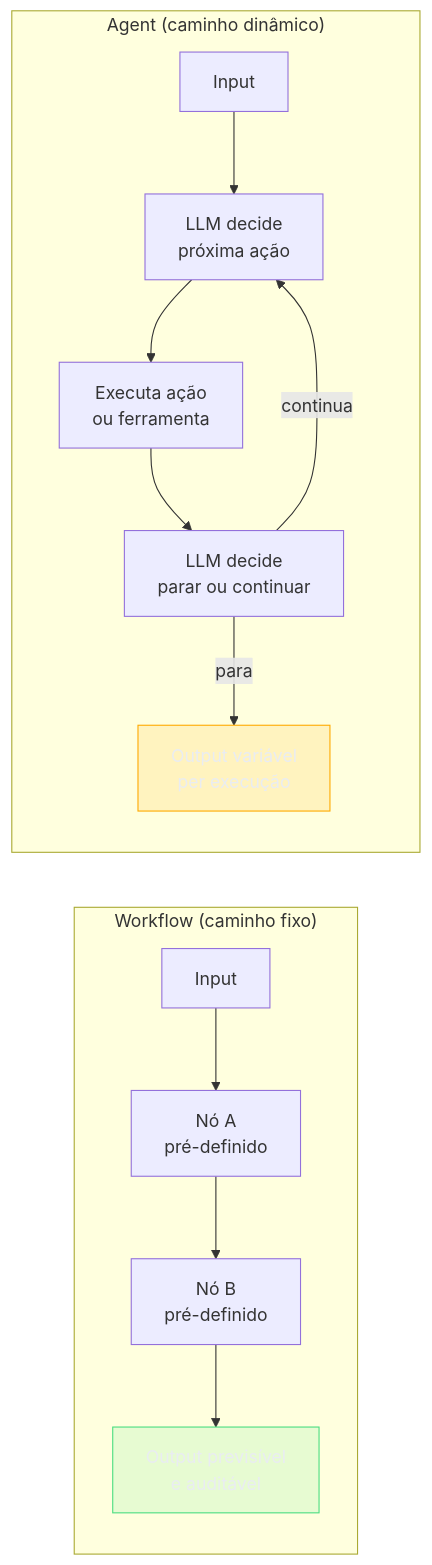
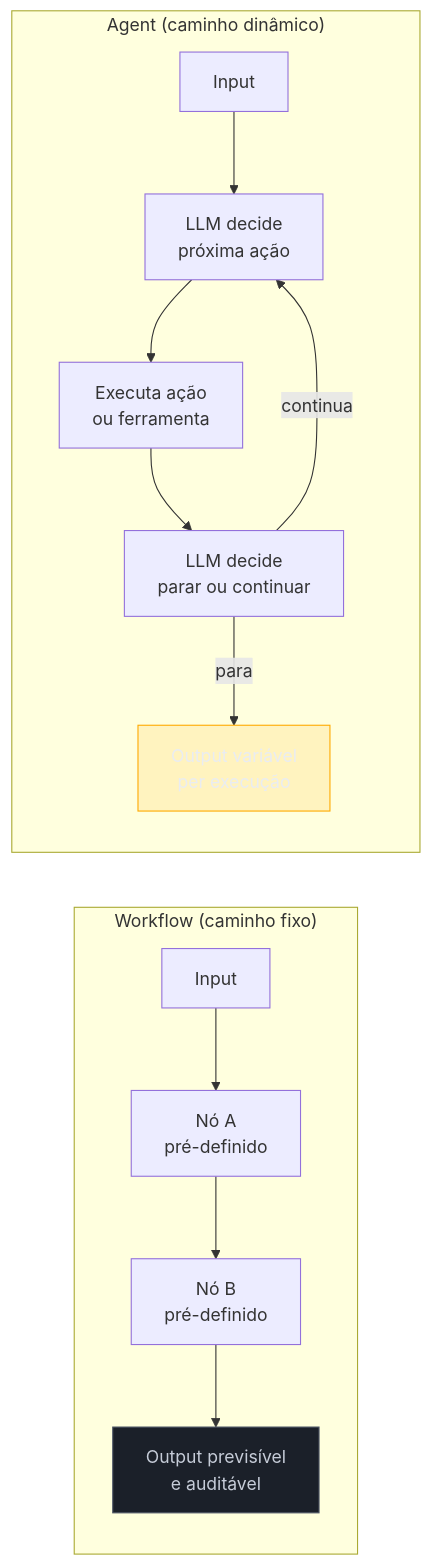
One commit to josenaldo/codex-technomanticus changed the first of 2 diagrams in 03-Dominios/Tecnologia/IA/AI Engineering Stack/08 - Workflow vs Agent Layer.md. Above: the diagram before and after it, drawn with Mermaid. The commit also changed 601 other files, not shown here.

````diff
--- a/03-Dominios/Tecnologia/IA/AI Engineering Stack/08 - Workflow vs Agent Layer.md
+++ b/03-Dominios/Tecnologia/IA/AI Engineering Stack/08 - Workflow vs Agent Layer.md
@@ -37,27 +37,27 @@
 ```mermaid
 flowchart LR
-    classDef ok fill:#4ADE8021,stroke:#4ADE80,color:#E9ECF2
+    classDef neutro fill:#1B2029,stroke:#4E5666,color:#C6CCD8
     classDef destaque fill:#FFAA0024,stroke:#FFAA00,color:#E9ECF2
     subgraph "Workflow (caminho fixo)"
         A1["Input"]
         A2["Nó A\npré-definido"]
         A3["Nó B\npré-definido"]
         A4["Output previsível\ne auditável"]
     end
 
     subgraph "Agent (caminho dinâmico)"
         B1["Input"]
         B2["LLM decide\npróxima ação"]
         B3["Executa ação\nou ferramenta"]
         B4["LLM decide\nparar ou continuar"]
         B5["Output variável\nper execução"]
     end
 
     A1 --> A2 --> A3 --> A4
     B1 --> B2 --> B3 --> B4
     B4 -->|"continua"| B2
     B4 -->|"para"| B5
 
-    class A4 ok
+    class A4 neutro
     class B5 destaque
 ```
````
